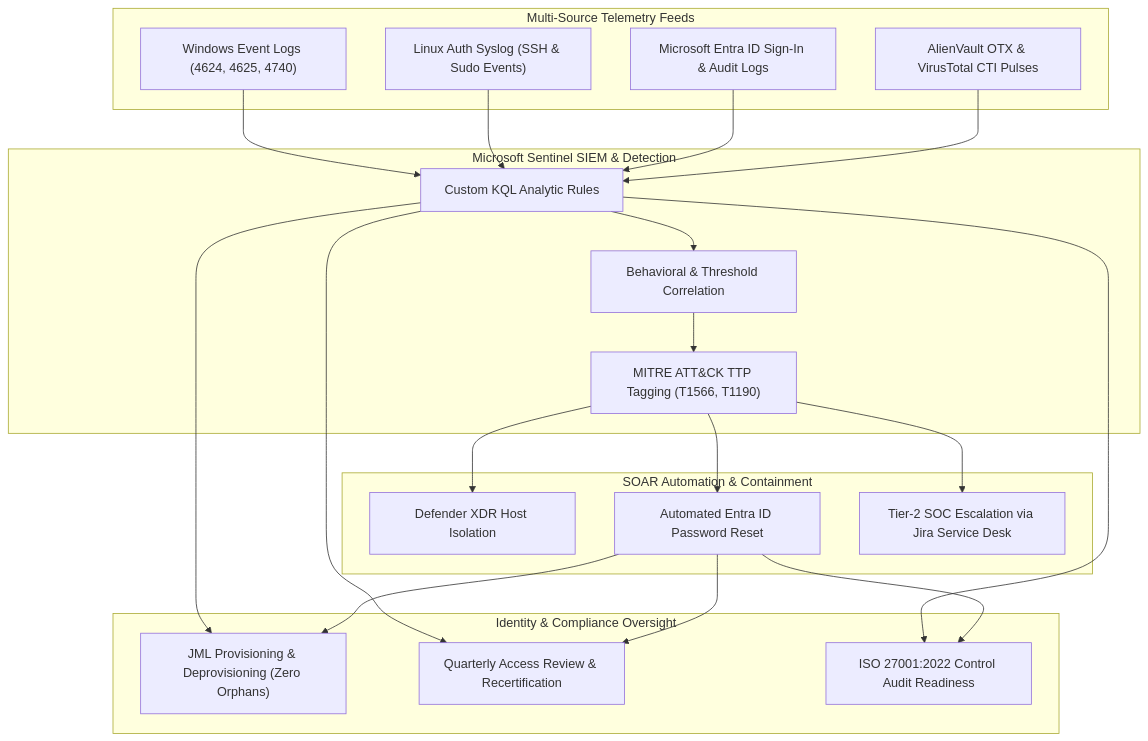
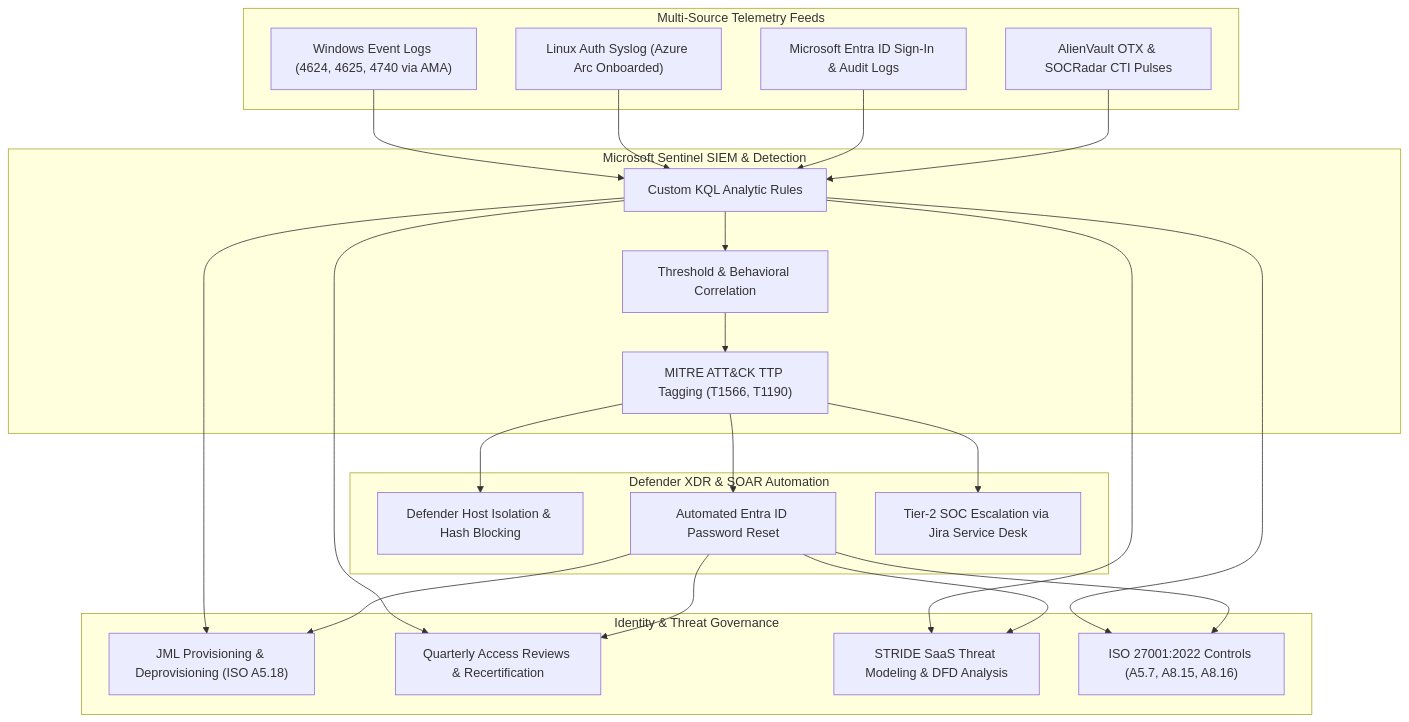
Before and after one commit to Adekunle-sec/cybersecurity-portfolio: the diagram in README.md, drawn with Mermaid. The commit also changed other lines of this file and 11 other files, not shown here.

Commit message:
feat: promote threat-modeling-risk-assessment-saas to top-level monorepo module and enrich with CyberSec operational procedures

````diff
--- a/README.md
+++ b/README.md
@@ -131,31 +185,32 @@
 ```mermaid
 flowchart TD
     subgraph Data_Feeds ["Multi-Source Telemetry Feeds"]
-        A1["Windows Event Logs (4624, 4625, 4740)"]
-        A2["Linux Auth Syslog (SSH & Sudo Events)"]
+        A1["Windows Event Logs (4624, 4625, 4740 via AMA)"]
+        A2["Linux Auth Syslog (Azure Arc Onboarded)"]
         A3["Microsoft Entra ID Sign-In & Audit Logs"]
-        A4["AlienVault OTX & VirusTotal CTI Pulses"]
+        A4["AlienVault OTX & SOCRadar CTI Pulses"]
     end
 
     subgraph Analytics_Engine ["Microsoft Sentinel SIEM & Detection"]
         B1["Custom KQL Analytic Rules"]
-        B2["Behavioral & Threshold Correlation"]
+        B2["Threshold & Behavioral Correlation"]
         B3["MITRE ATT&CK TTP Tagging (T1566, T1190)"]
     end
 
-    subgraph Response_Engine ["SOAR Automation & Containment"]
-        C1["Defender XDR Host Isolation"]
+    subgraph Response_Engine ["Defender XDR & SOAR Automation"]
+        C1["Defender Host Isolation & Hash Blocking"]
         C2["Automated Entra ID Password Reset"]
         C3["Tier-2 SOC Escalation via Jira Service Desk"]
     end
 
-    subgraph Governance_Layer ["Identity & Compliance Oversight"]
-        D1["JML Provisioning & Deprovisioning (Zero Orphans)"]
-        D2["Quarterly Access Review & Recertification"]
-        D3["ISO 27001:2022 Control Audit Readiness"]
+    subgraph Governance_Layer ["Identity & Threat Governance"]
+        D1["JML Provisioning & Deprovisioning (ISO A5.18)"]
+        D2["Quarterly Access Reviews & Recertification"]
+        D3["STRIDE SaaS Threat Modeling & DFD Analysis"]
+        D4["ISO 27001:2022 Controls (A5.7, A8.15, A8.16)"]
     end
 
     A1 & A2 & A3 & A4 --> B1 --> B2 --> B3
     B3 --> C1 & C2 & C3
-    B1 & C2 --> D1 & D2 & D3
+    B1 & C2 --> D1 & D2 & D3 & D4
 ```
````
